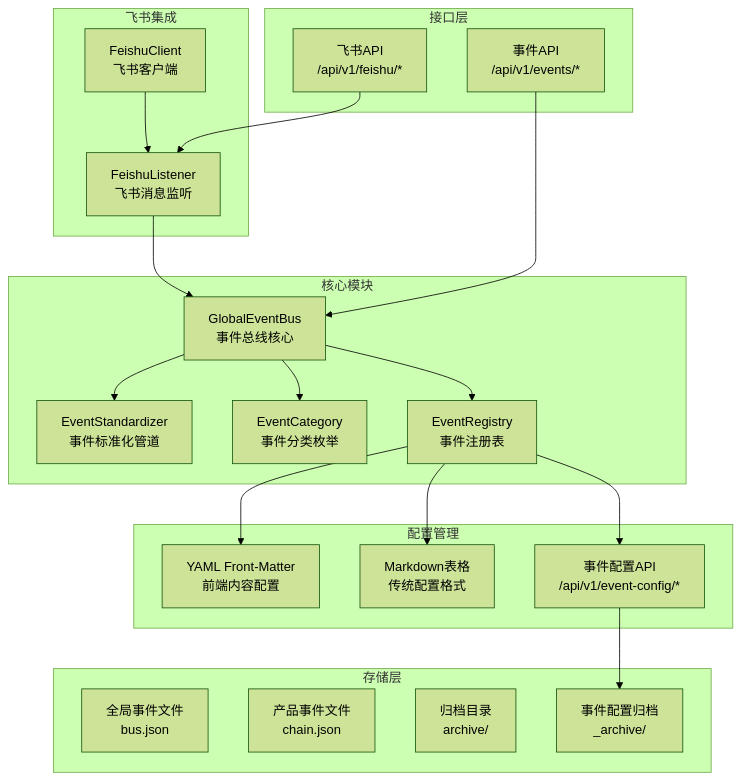
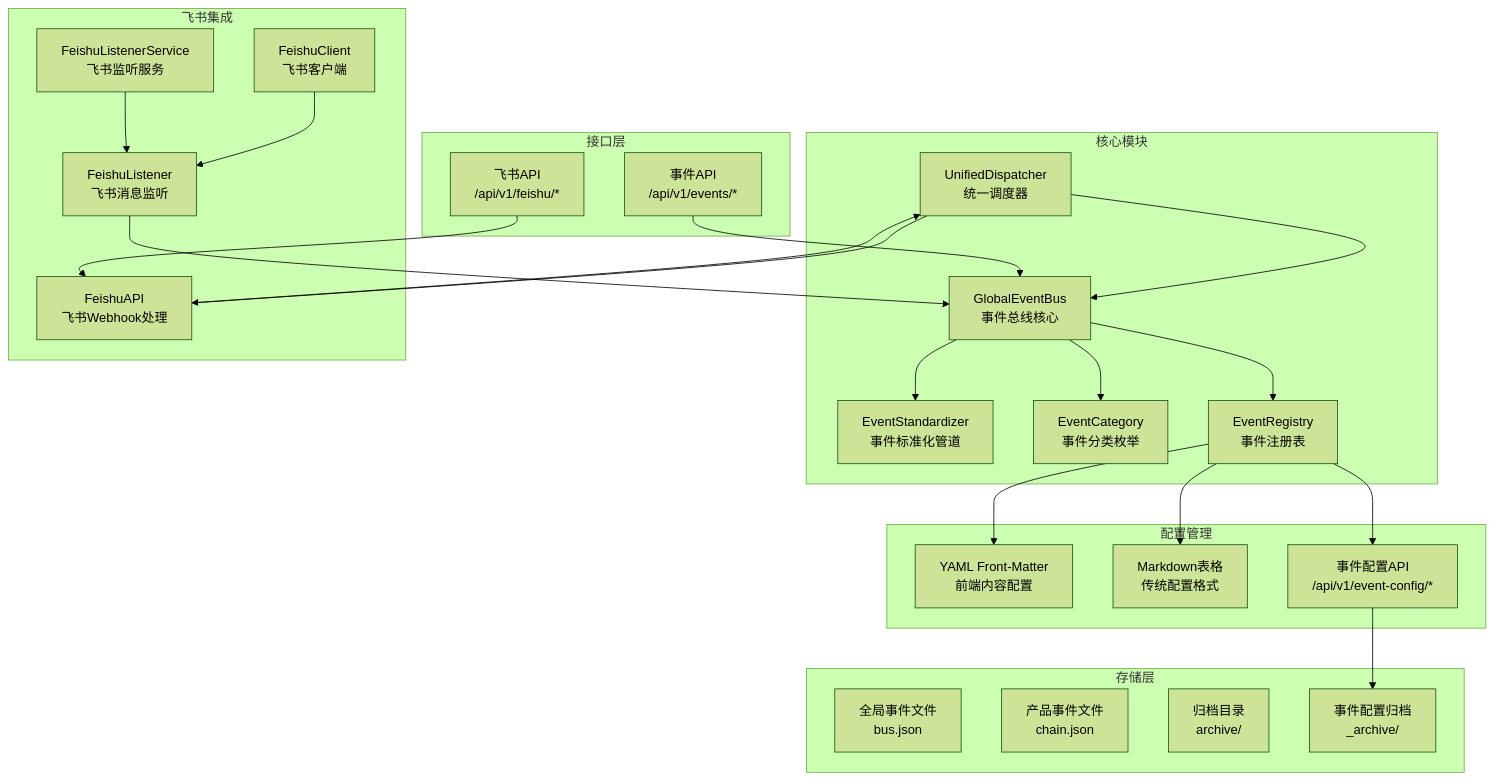
The first of 12 diagrams in .qoder/repowiki/zh/content/系统架构/事件驱动系统/事件总线核心.md (angledick/-), drawn with Mermaid (forest theme) before and after one commit. The commit also changed other lines of this file and 9 other files, not shown here.

````diff
--- a/.qoder/repowiki/zh/content/系统架构/事件驱动系统/事件总线核心.md
+++ b/.qoder/repowiki/zh/content/系统架构/事件驱动系统/事件总线核心.md
@@ -54,39 +64,46 @@
 ```mermaid
 graph TB
 subgraph "核心模块"
 EB["GlobalEventBus<br/>事件总线核心"]
 ES["EventStandardizer<br/>事件标准化管道"]
 EC["EventCategory<br/>事件分类枚举"]
 ER["EventRegistry<br/>事件注册表"]
+UD["UnifiedDispatcher<br/>统一调度器"]
 end
 subgraph "飞书集成"
 FL["FeishuListener<br/>飞书消息监听"]
 FC["FeishuClient<br/>飞书客户端"]
+FA["FeishuAPI<br/>飞书Webhook处理"]
+FS["FeishuListenerService<br/>飞书监听服务"]
 end
 subgraph "配置管理"
 YAML["YAML Front-Matter<br/>前端内容配置"]
 MD["Markdown表格<br/>传统配置格式"]
 AC["事件配置API<br/>/api/v1/event-config/*"]
 end
 subgraph "存储层"
 GE["全局事件文件<br/>bus.json"]
 PE["产品事件文件<br/>chain.json"]
 AR["归档目录<br/>archive/"]
 AE["事件配置归档<br/>_archive/"]
 end
 subgraph "接口层"
 API["事件API<br/>/api/v1/events/*"]
 FEISHU["飞书API<br/>/api/v1/feishu/*"]
 end
 EB --> ES
 EB --> EC
 EB --> ER
+UD --> EB
+UD --> FA
 ER --> YAML
 ER --> MD
 ER --> AC
 AC --> AE
 FL --> EB
 FC --> FL
+FA --> UD
+FS --> FL
 API --> EB
-FEISHU --> FL
+FEISHU --> FA
 ```
````
